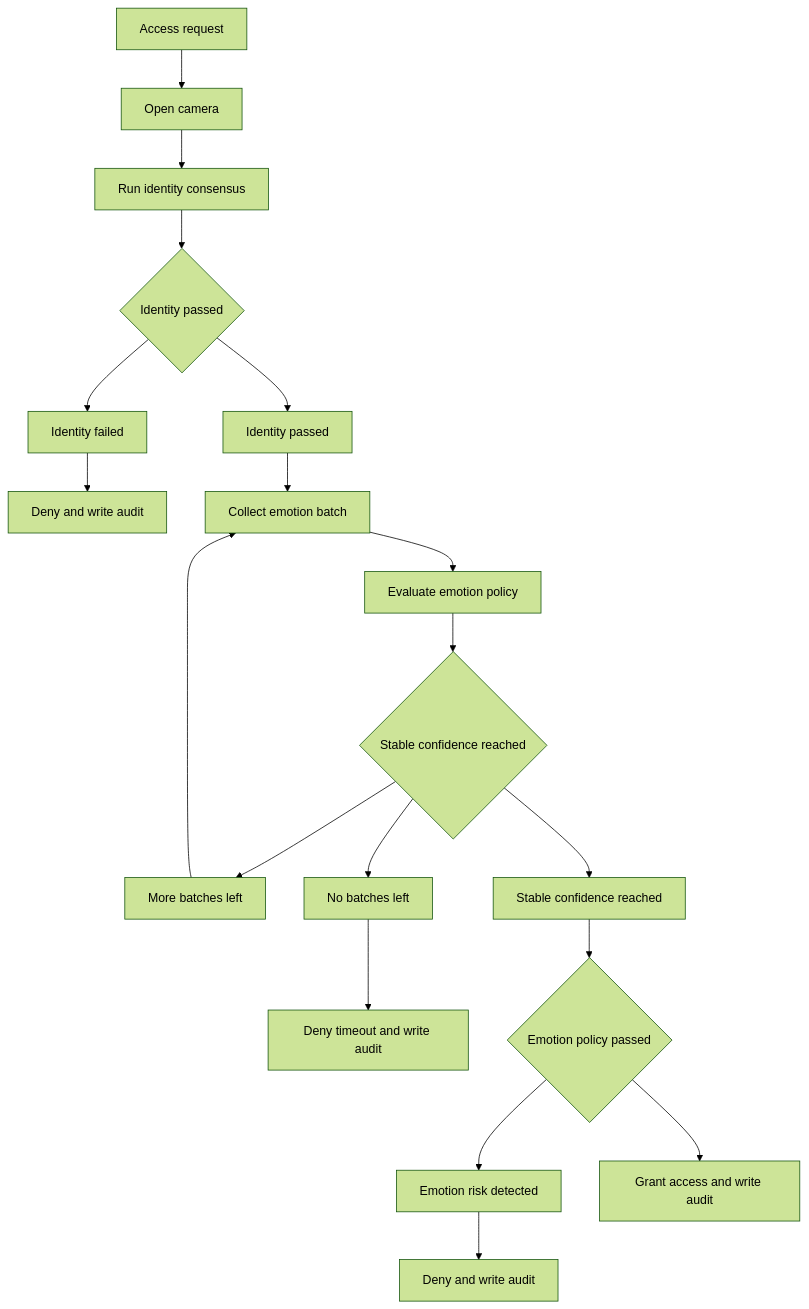
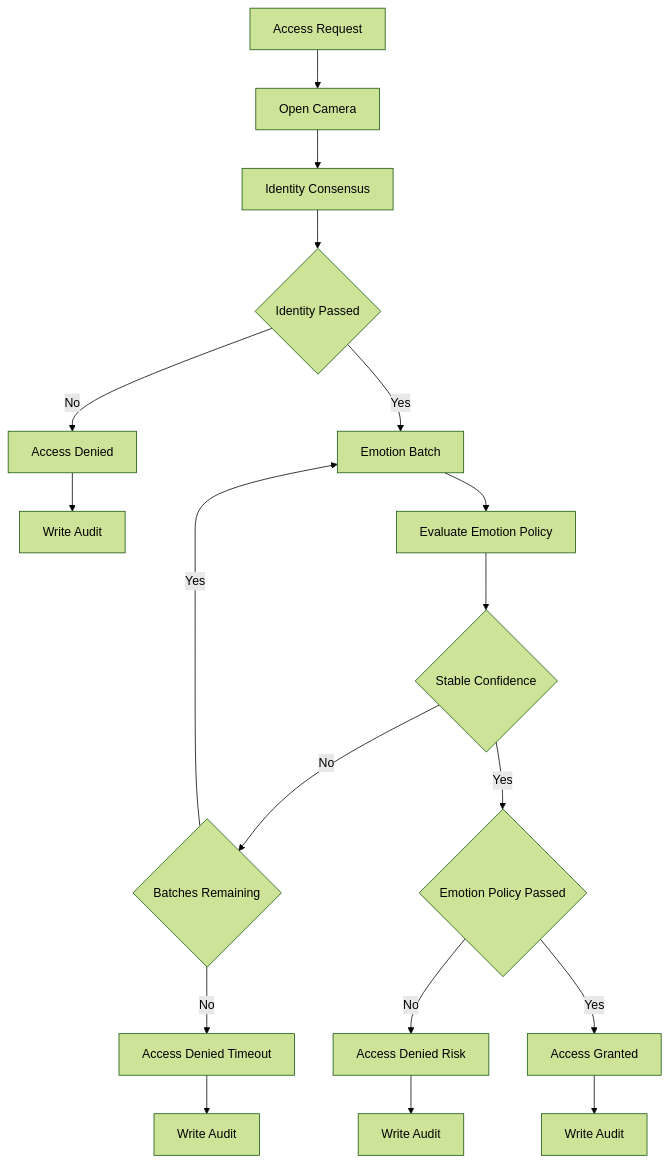
One commit to tedwhirring569/gatekeeper changed the diagram in README.md. Above: the diagram before and after it, drawn with Mermaid (forest theme). The commit also changed other lines of this file, not shown here.

Commit message:
Fix README mermaid rendering and refresh hero scan image

````diff
--- a/README.md
+++ b/README.md
@@ -40,21 +40,20 @@
 ```mermaid
-graph TD
-    A[Access request] --> B[Open camera]
-    B --> C[Run identity consensus]
-    C --> D{Identity passed}
-    D --> E[Identity failed]
-    E --> F[Deny and write audit]
-    D --> G[Identity passed]
-    G --> H[Collect emotion batch]
-    H --> I[Evaluate emotion policy]
-    I --> J{Stable confidence reached}
-    J --> K[More batches left]
-    K --> H
-    J --> L[No batches left]
-    L --> M[Deny timeout and write audit]
-    J --> N[Stable confidence reached]
-    N --> O{Emotion policy passed}
-    O --> P[Emotion risk detected]
-    P --> Q[Deny and write audit]
-    O --> R[Grant access and write audit]
+flowchart TD
+    A[Access Request] --> B[Open Camera]
+    B --> C[Identity Consensus]
+    C --> D{Identity Passed}
+    D -- No --> E[Access Denied]
+    E --> F[Write Audit]
+    D -- Yes --> G[Emotion Batch]
+    G --> H[Evaluate Emotion Policy]
+    H --> I{Stable Confidence}
+    I -- No --> J{Batches Remaining}
+    J -- Yes --> G
+    J -- No --> K[Access Denied Timeout]
+    K --> L[Write Audit]
+    I -- Yes --> M{Emotion Policy Passed}
+    M -- No --> N[Access Denied Risk]
+    N --> O[Write Audit]
+    M -- Yes --> P[Access Granted]
+    P --> Q[Write Audit]
 ```
````
